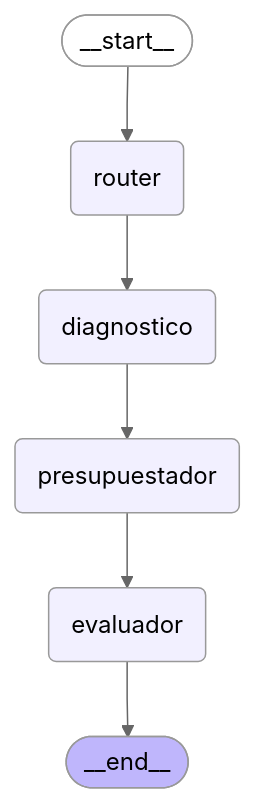
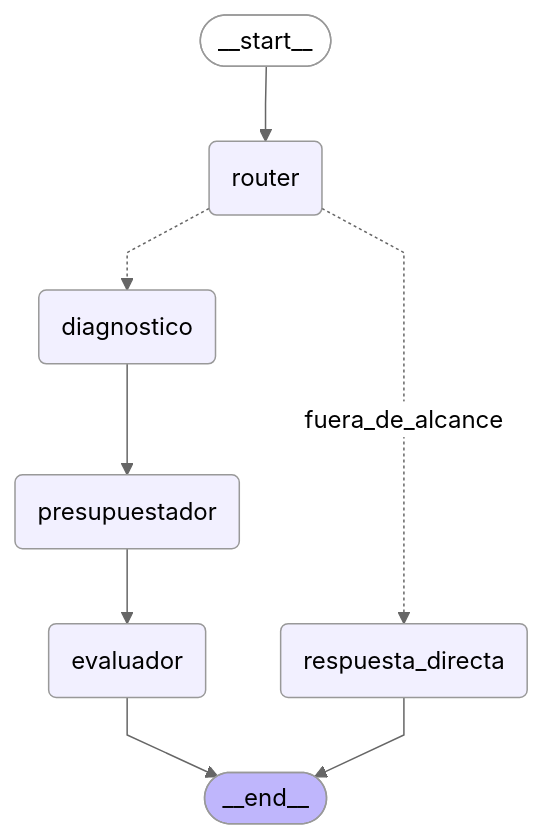
Before and after one commit to Seropeto/toxiro-taller-langgraph: the diagram in docs/grafo.mmd, drawn with Mermaid (neutral theme). The commit also changed 27 other files, not shown here.

```diff
--- a/docs/grafo.mmd
+++ b/docs/grafo.mmd
@@ -1,20 +1,23 @@
 ---
 config:
   flowchart:
     curve: linear
 ---
 graph TD;
 	__start__([<p>__start__</p>]):::first
 	router(router)
 	diagnostico(diagnostico)
 	presupuestador(presupuestador)
 	evaluador(evaluador)
+	respuesta_directa(respuesta_directa)
 	__end__([<p>__end__</p>]):::last
 	__start__ --> router;
 	diagnostico --> presupuestador;
 	presupuestador --> evaluador;
-	router --> diagnostico;
+	router -.-> diagnostico;
+	router -. &nbsp;fuera_de_alcance&nbsp; .-> respuesta_directa;
 	evaluador --> __end__;
+	respuesta_directa --> __end__;
 	classDef default fill:#f2f0ff,line-height:1.2
 	classDef first fill-opacity:0
 	classDef last fill:#bfb6fc
```
